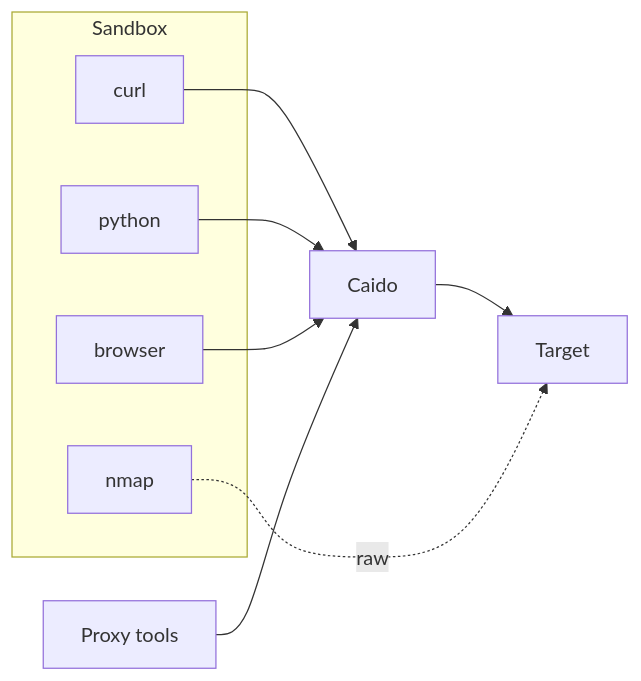
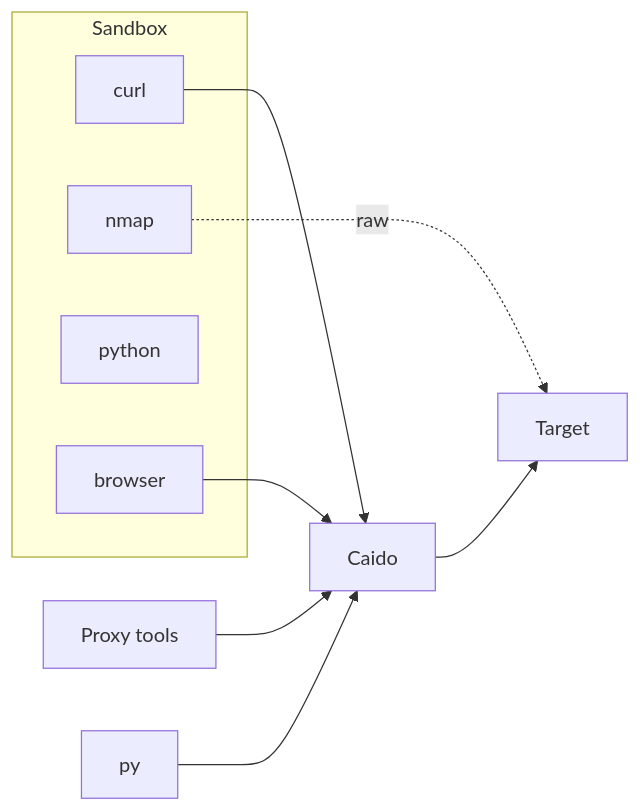
One commit to joels-sandgarden/strix-docs changed the diagram in 06-seeing-traffic-proxy-and-browser.md. Above: the diagram before and after it, drawn with Mermaid. The commit also changed other lines of this file, not shown here.

````diff
--- a/06-seeing-traffic-proxy-and-browser.md
+++ b/06-seeing-traffic-proxy-and-browser.md
@@ -11,20 +13,20 @@
 ```mermaid
 flowchart LR
   subgraph sandbox[Sandbox]
     curl[curl]
     nmap[nmap]
-    py[python]
+    python[python]
     browser[browser]
   end
 
   caido[Caido]
   target[Target]
   host[Proxy tools]
 
   curl --> caido
   py --> caido
   browser --> caido
   host --> caido
   caido --> target
   nmap -. raw .-> target
 ```
````
